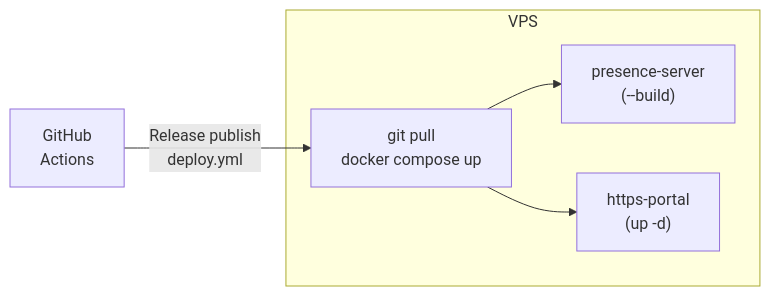
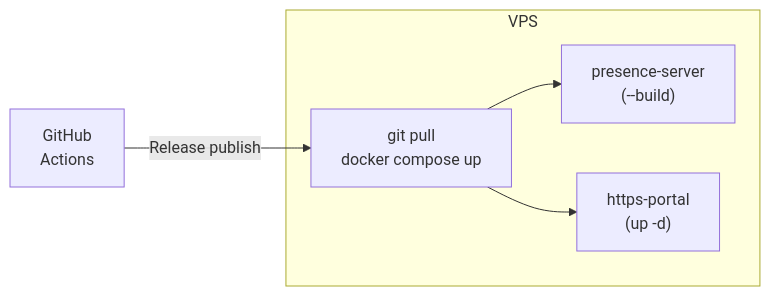
One commit to afjk/afjk.jp changed the seventh of 7 diagrams in docs/pipe-spec.md. Above: the diagram before and after it, drawn with Mermaid. The commit also changed other lines of this file, not shown here.

Commit message:
Fix Mermaid diagram syntax for GitHub rendering

````diff
--- a/docs/pipe-spec.md
+++ b/docs/pipe-spec.md
@@ -223,11 +223,11 @@
 ```mermaid
 graph LR
     GH["GitHub\nActions"]
-    GH -->|"Release publish\ndeploy.yml"| SSH
+    GH -->|Release publish| SSH
 
     subgraph VPS
         SSH["git pull\ndocker compose up"]
         SSH --> PS["presence-server\n(--build)"]
         SSH --> HP["https-portal\n(up -d)"]
     end
 ```
````
